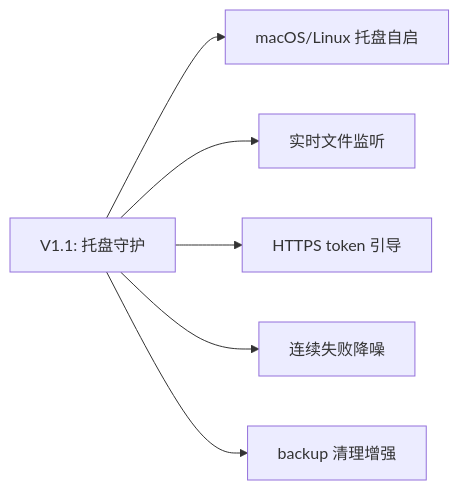
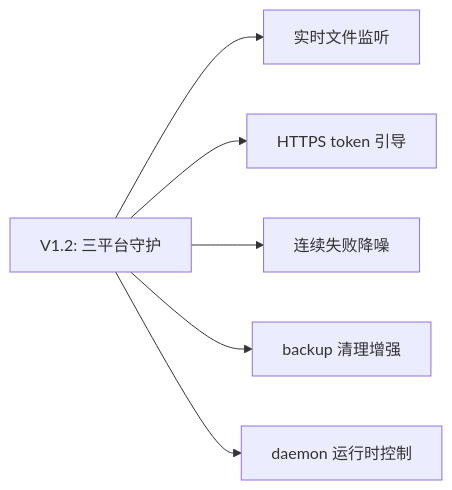
Before and after one commit to int2t05/AutoSync: the diagram in docs/TODO.md, drawn with Mermaid. The commit also changed other lines of this file and 22 other files, not shown here.

First line of the commit message:
feat(linux): daemon 守护 + systemd 自启 + tarball 打包（V1.2 L1-L4）

````diff
--- a/docs/TODO.md
+++ b/docs/TODO.md
@@ -30,8 +36,8 @@
 ```mermaid
 flowchart LR
-  NOW[V1.1: 托盘守护] --> A[macOS/Linux 托盘自启]
-  NOW --> B[实时文件监听]
+  NOW[V1.2: 三平台守护] --> B[实时文件监听]
   NOW --> C[HTTPS token 引导]
   NOW --> D[连续失败降噪]
   NOW --> E[backup 清理增强]
+  NOW --> F[daemon 运行时控制]
 ```
````
